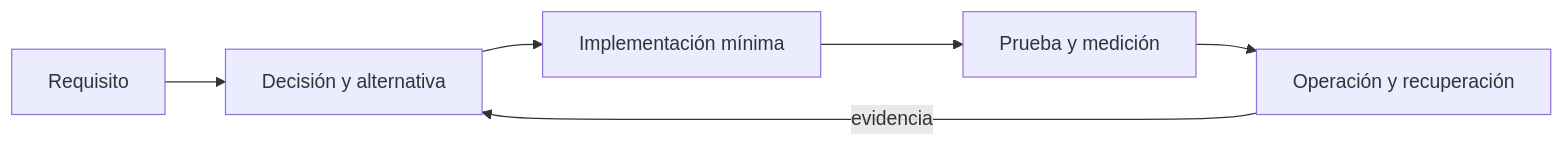
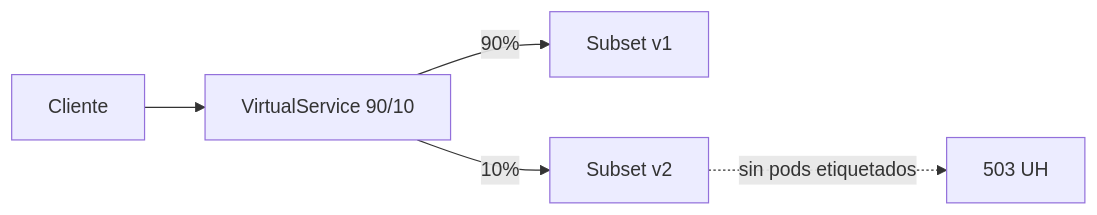
One commit to NICORUIZ93/Academia_Floci changed the third of 6 diagrams in web/public/content/devops/modulo-15.md. Above: the diagram before and after it, drawn with Mermaid. The commit also changed other lines of this file and 38 other files, not shown here.

````diff
--- a/web/public/content/devops/modulo-15.md
+++ b/web/public/content/devops/modulo-15.md
@@ -218,8 +166,7 @@
 ```mermaid
 flowchart LR
-  A[Requisito] --> B[Decisión y alternativa]
-  B --> C[Implementación mínima]
-  C --> D[Prueba y medición]
-  D --> E[Operación y recuperación]
-  E -->|evidencia| B
+  U[Cliente] --> VS[VirtualService 90/10]
+  VS -->|90%| V1[Subset v1]
+  VS -->|10%| V2[Subset v2]
+  V2 -.->|sin pods etiquetados| E[503 UH]
 ```
````
